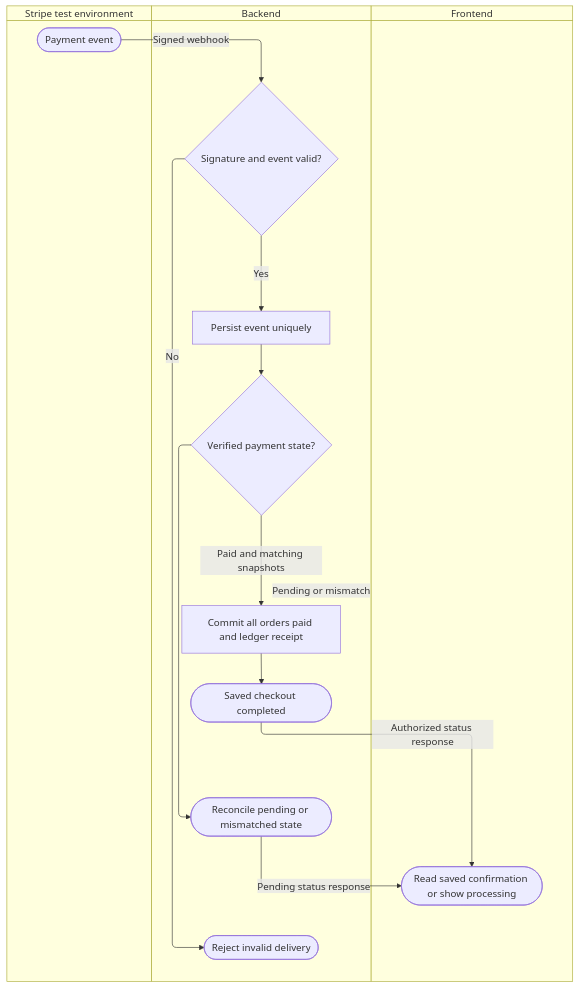
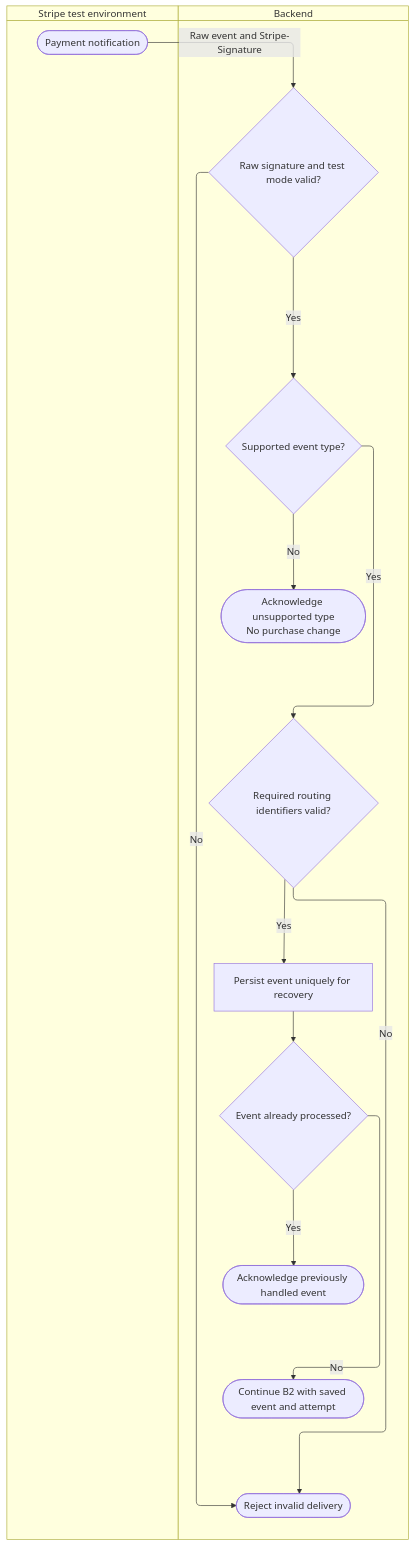
One commit to RHILIUS/E-Commerce-Docs changed the third of 5 diagrams in diagrams/specific-business-processes/checkout/demo-online-checkout.md. Above: the diagram before and after it, drawn with Mermaid. The commit also changed other lines of this file and 21 other files, not shown here.

````diff
--- a/diagrams/specific-business-processes/checkout/demo-online-checkout.md
+++ b/diagrams/specific-business-processes/checkout/demo-online-checkout.md
@@ -96,25 +138,26 @@
 ```mermaid
 swimlane-beta TB
-  subgraph B_STRIPE["Stripe test environment"]
-    B_event(["Payment event"])
+  subgraph B1_STRIPE["Stripe test environment"]
+    B1_event(["Payment notification"])
   end
-  subgraph B_API["Backend"]
-    B_verify{"Signature and event valid?"}
-    B_reject(["Reject invalid delivery"])
-    B_inbox["Persist event uniquely"]
-    B_check{"Verified payment state?"}
-    B_wait(["Reconcile pending or mismatched state"])
-    B_commit["Commit all orders paid and ledger receipt"]
-    B_done(["Saved checkout completed"])
-    B_verify -->|No| B_reject
-    B_verify -->|Yes| B_inbox --> B_check
-    B_check -->|Paid and matching snapshots| B_commit --> B_done
-    B_check -->|Pending or mismatch| B_wait
+  subgraph B1_API["Backend"]
+    B1_verify{"Raw signature and test mode valid?"}
+    B1_supported{"Supported event type?"}
+    B1_routing{"Required routing identifiers valid?"}
+    B1_reject(["Reject invalid delivery"])
+    B1_ignore(["Acknowledge unsupported type<br/>No purchase change"])
+    B1_inbox["Persist event uniquely for recovery"]
+    B1_processed{"Event already processed?"}
+    B1_ack(["Acknowledge previously handled event"])
+    B1_next(["Continue B2 with saved event and attempt"])
+    B1_verify -->|No| B1_reject
+    B1_verify -->|Yes| B1_supported
+    B1_supported -->|No| B1_ignore
+    B1_supported -->|Yes| B1_routing
+    B1_routing -->|No| B1_reject
+    B1_routing -->|Yes| B1_inbox --> B1_processed
+    B1_processed -->|Yes| B1_ack
+    B1_processed -->|No| B1_next
   end
-  subgraph B_UI["Frontend"]
-    B_show(["Read saved confirmation or show processing"])
-  end
-  B_event -->|Signed webhook| B_verify
-  B_done -->|Authorized status response| B_show
-  B_wait -->|Pending status response| B_show
+  B1_event -->|Raw event and Stripe-Signature| B1_verify
 ```
````
